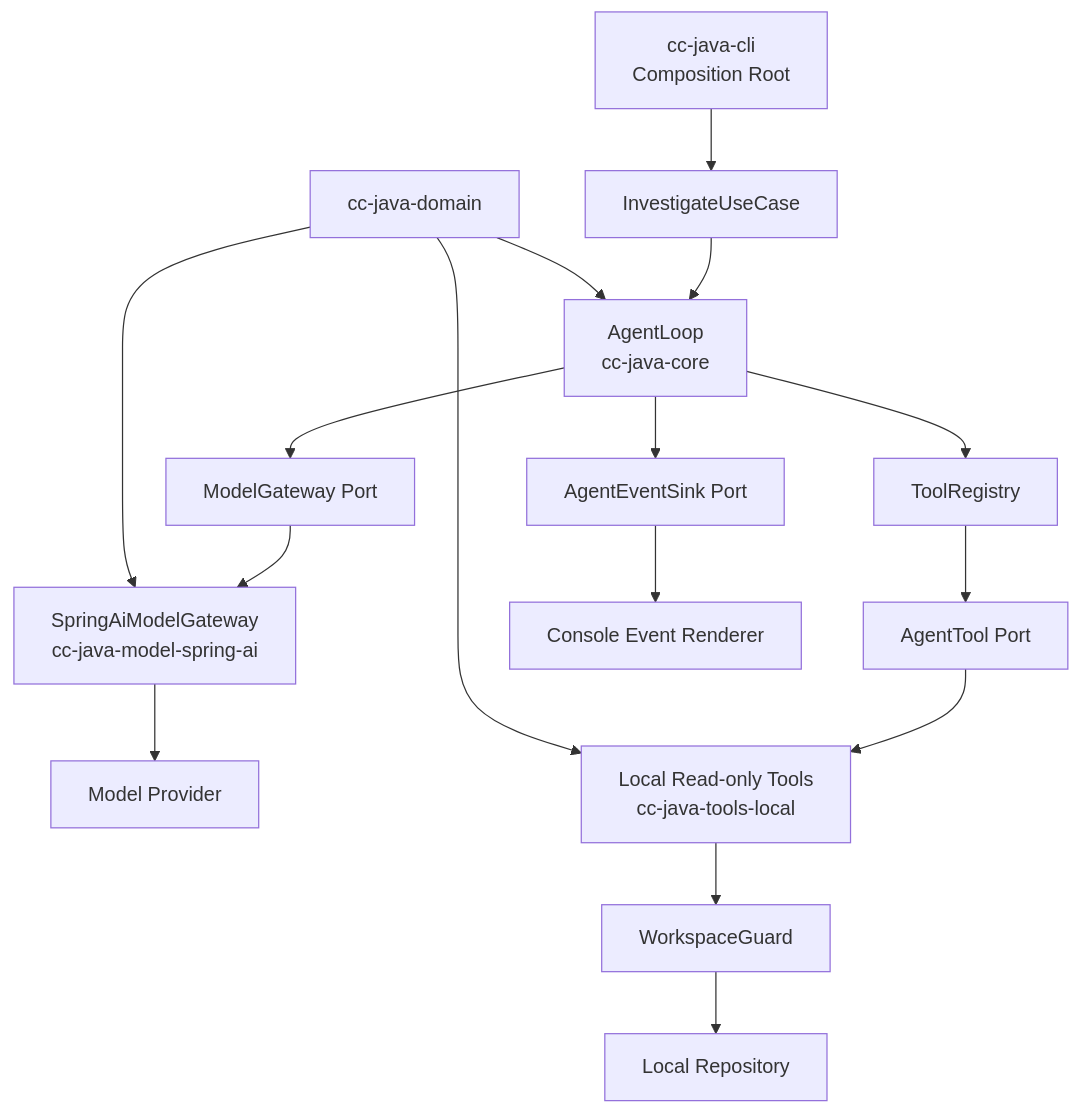
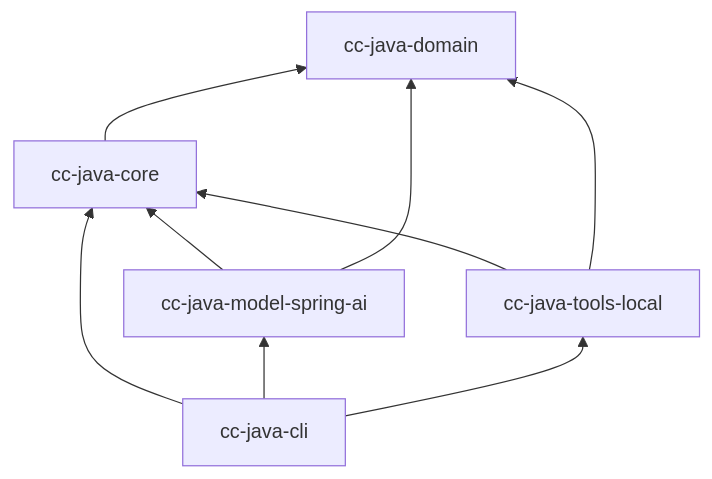
Before and after one commit to liumaishenjian/cc-java: the second of 5 diagrams in docs/technical-design.md, drawn with Mermaid. The commit also changed other lines of this file and 5 other files, not shown here.

Commit message:
docs: define reference-driven learning roadmap

````diff
--- a/docs/technical-design.md
+++ b/docs/technical-design.md
@@ -104,21 +195,11 @@
 ```mermaid
-flowchart TB
-    CLI["cc-java-cli<br/>Composition Root"] --> UC["InvestigateUseCase"]
-    UC --> LOOP["AgentLoop<br/>cc-java-core"]
-    LOOP --> MG["ModelGateway Port"]
-    MG --> SAI["SpringAiModelGateway<br/>cc-java-model-spring-ai"]
-    SAI --> LLM["Model Provider"]
-
-    LOOP --> REG["ToolRegistry"]
-    REG --> TOOL["AgentTool Port"]
-    TOOL --> LOCAL["Local Read-only Tools<br/>cc-java-tools-local"]
-    LOCAL --> GUARD["WorkspaceGuard"]
-    GUARD --> REPO["Local Repository"]
-
-    LOOP --> EVENT["AgentEventSink Port"]
-    EVENT --> CONSOLE["Console Event Renderer"]
-
-    DOMAIN["cc-java-domain"] --> LOOP
-    DOMAIN --> SAI
-    DOMAIN --> LOCAL
+flowchart BT
+    CORE["cc-java-core"] --> DOMAIN["cc-java-domain"]
+    MODEL["cc-java-model-spring-ai"] --> CORE
+    MODEL --> DOMAIN
+    TOOLS["cc-java-tools-local"] --> CORE
+    TOOLS --> DOMAIN
+    CLI["cc-java-cli"] --> CORE
+    CLI --> MODEL
+    CLI --> TOOLS
 ```
````
